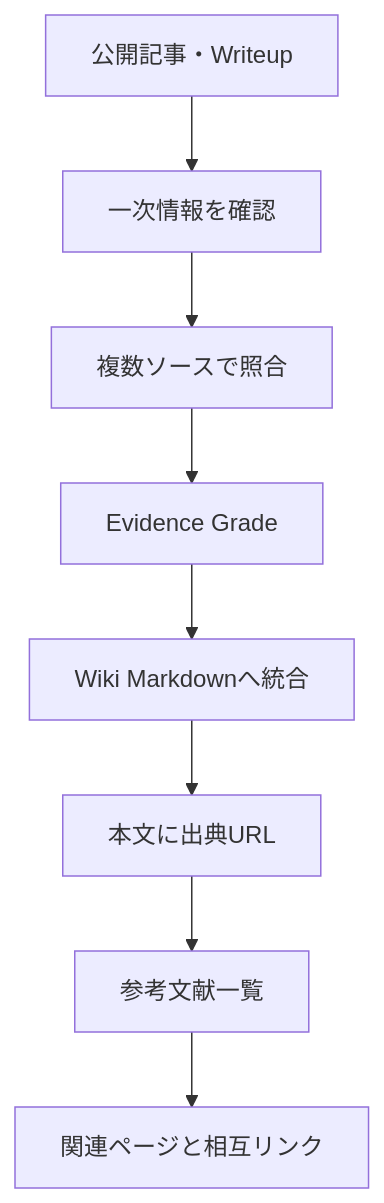
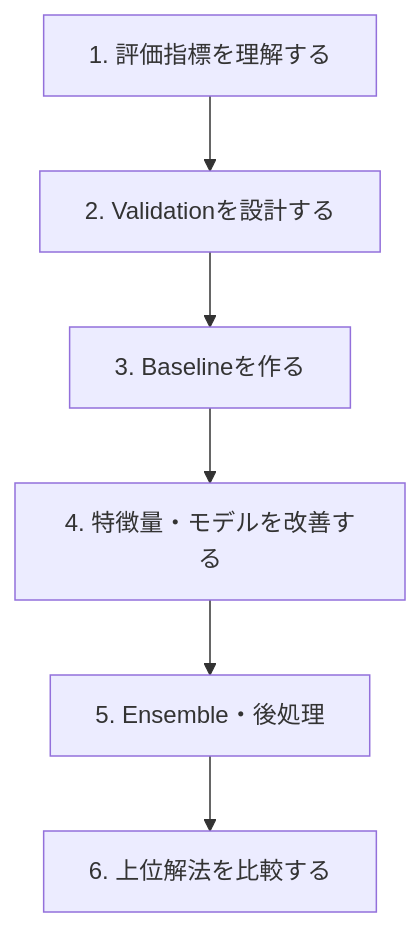
The diagram in wiki/index.md (morikazu1119/Kagglecture), drawn with Mermaid before and after one commit. The commit also changed other lines of this file, not shown here.

Commit message:
docs: make wiki index learner-first

````diff
--- a/wiki/index.md
+++ b/wiki/index.md
@@ -64,10 +17,8 @@
 ```mermaid
 flowchart TD
-    A[公開記事・Writeup] --> B[一次情報を確認]
-    B --> C[複数ソースで照合]
-    C --> D[Evidence Grade]
-    D --> E[Wiki Markdownへ統合]
-    E --> F[本文に出典URL]
-    F --> G[参考文献一覧]
-    G --> H[関連ページと相互リンク]
+    A[1. 評価指標を理解する] --> B[2. Validationを設計する]
+    B --> C[3. Baselineを作る]
+    C --> D[4. 特徴量・モデルを改善する]
+    D --> E[5. Ensemble・後処理]
+    E --> F[6. 上位解法を比較する]
 ```
````
